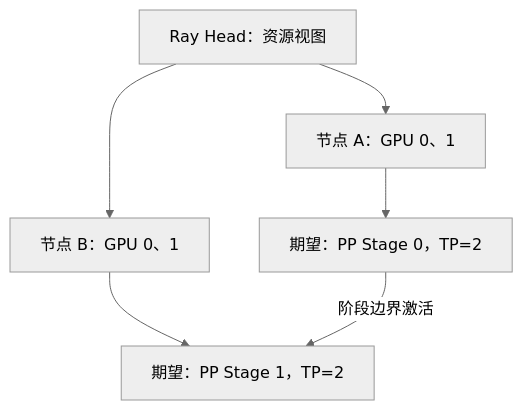
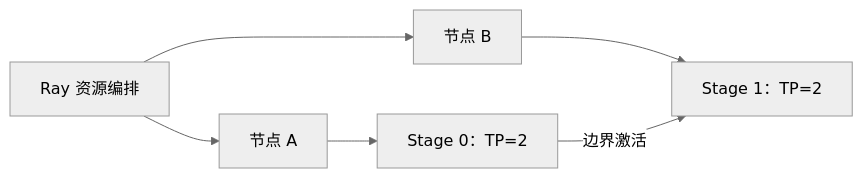
The diagram in docs/guides/模块四-推理优化/第6章-分布式推理/6.5-多节点部署与Ray.md (caomaolufei/AIInfraGuide), drawn with Mermaid (neutral theme) before and after one commit. The commit also changed other lines of this file and 12 other files, not shown here.

Commit message:
docs: revise chapter six explanations and add six teaching diagrams

````diff
--- a/docs/guides/模块四-推理优化/第6章-分布式推理/6.5-多节点部署与Ray.md
+++ b/docs/guides/模块四-推理优化/第6章-分布式推理/6.5-多节点部署与Ray.md
@@ -141,8 +145,8 @@
 ```mermaid
-graph TD
-    H["Ray Head：资源视图"] --> A["节点 A：GPU 0、1"]
-    H --> B["节点 B：GPU 0、1"]
-    A --> S0["期望：PP Stage 0，TP=2"]
-    B --> S1["期望：PP Stage 1，TP=2"]
-    S0 -->|"阶段边界激活"| S1
+flowchart LR
+    H["Ray 资源编排"] --> A["节点 A"]
+    H --> B["节点 B"]
+    A --> S0["Stage 0：TP=2"]
+    B --> S1["Stage 1：TP=2"]
+    S0 -->|"边界激活"| S1
 ```
````
